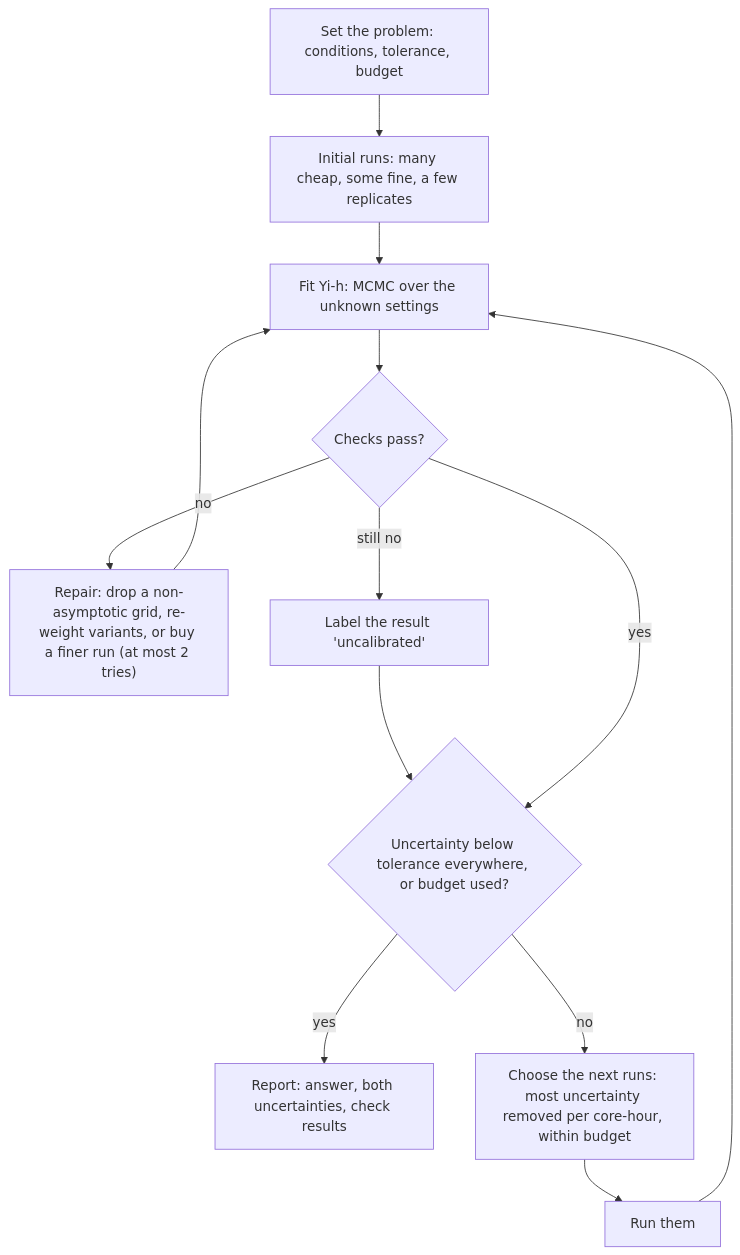
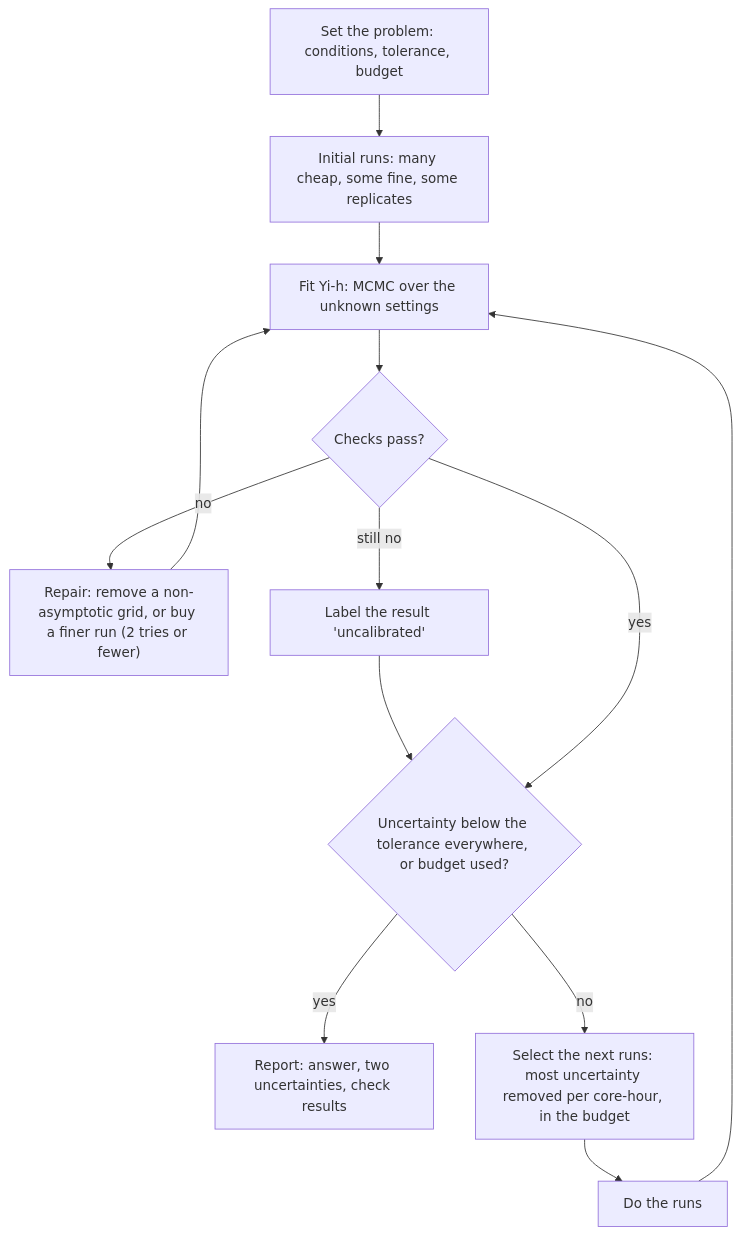
Before and after one commit to rcsc-group/multi-fidelity-bioreactor: the diagram in docs/yi_h_guide.md, drawn with Mermaid. The commit also changed other lines of this file and 1 other file, not shown here.

````diff
--- a/docs/yi_h_guide.md
+++ b/docs/yi_h_guide.md
@@ -255,15 +267,15 @@
 ```mermaid
 flowchart TD
-  A["Set the problem: conditions, tolerance, budget"] --> B["Initial runs: many cheap, some fine, a few replicates"]
+  A["Set the problem: conditions, tolerance, budget"] --> B["Initial runs: many cheap, some fine, some replicates"]
   B --> C["Fit Yi-h: MCMC over the unknown settings"]
   C --> D{"Checks pass?"}
-  D -- "no" --> R["Repair: drop a non-asymptotic grid, re-weight variants, or buy a finer run (at most 2 tries)"]
+  D -- "no" --> R["Repair: remove a non-asymptotic grid, or buy a finer run (2 tries or fewer)"]
   R --> C
   D -- "still no" --> U["Label the result 'uncalibrated'"]
   U --> E
-  D -- "yes" --> E{"Uncertainty below tolerance everywhere, or budget used?"}
-  E -- "yes" --> F["Report: answer, both uncertainties, check results"]
-  E -- "no" --> G["Choose the next runs: most uncertainty removed per core-hour, within budget"]
-  G --> H["Run them"]
+  D -- "yes" --> E{"Uncertainty below the tolerance everywhere, or budget used?"}
+  E -- "yes" --> F["Report: answer, two uncertainties, check results"]
+  E -- "no" --> G["Select the next runs: most uncertainty removed per core-hour, in the budget"]
+  G --> H["Do the runs"]
   H --> C
 ```
````
